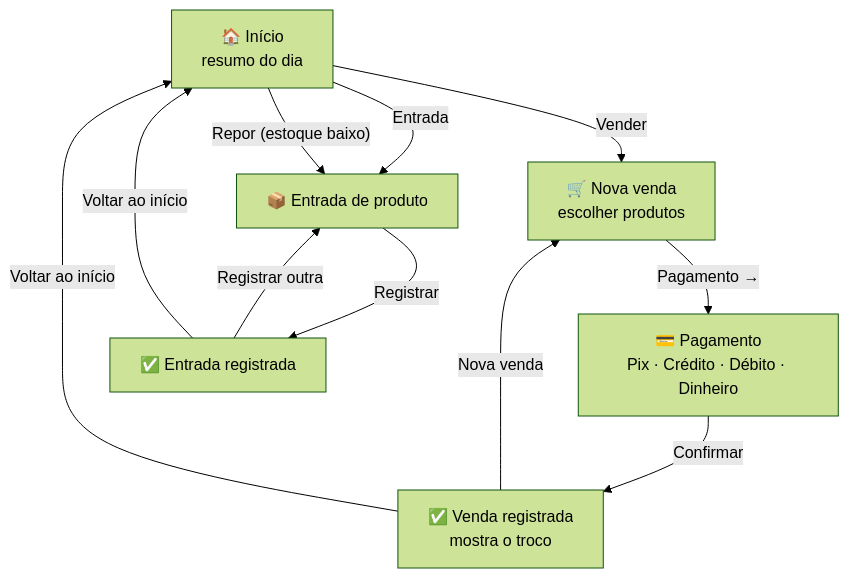
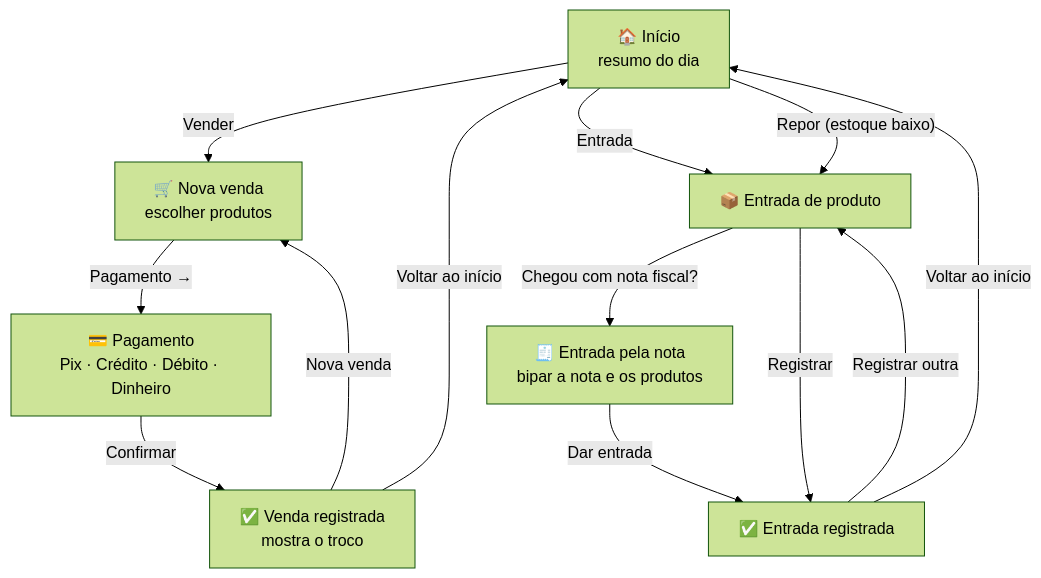
One commit to Diogo632/Adegas changed the third of 7 diagrams in docs/FLUXO.md. Above: the diagram before and after it, drawn with Mermaid (forest theme). The commit also changed other lines of this file and 41 other files, not shown here.

First line of the commit message:
Entrada pela nota fiscal: bipar a nota pelo celular no app e no painel

````diff
--- a/docs/FLUXO.md
+++ b/docs/FLUXO.md
@@ -36,21 +36,23 @@
 ```mermaid
 flowchart TD
     Inicio["🏠 Início<br/>resumo do dia"]
     Venda["🛒 Nova venda<br/>escolher produtos"]
     Pagamento["💳 Pagamento<br/>Pix · Crédito · Débito · Dinheiro"]
     VendaOk["✅ Venda registrada<br/>mostra o troco"]
     Entrada["📦 Entrada de produto"]
     EntradaOk["✅ Entrada registrada"]
 
     Inicio -->|Vender| Venda
     Venda -->|Pagamento →| Pagamento
     Pagamento -->|Confirmar| VendaOk
     VendaOk -->|Nova venda| Venda
     VendaOk -->|Voltar ao início| Inicio
 
     Inicio -->|Entrada| Entrada
     Inicio -->|"Repor (estoque baixo)"| Entrada
+    Entrada -->|"Chegou com nota fiscal?"| Nota["🧾 Entrada pela nota<br/>bipar a nota e os produtos"]
+    Nota -->|Dar entrada| EntradaOk
     Entrada -->|Registrar| EntradaOk
     EntradaOk -->|Registrar outra| Entrada
     EntradaOk -->|Voltar ao início| Inicio
 ```
````
